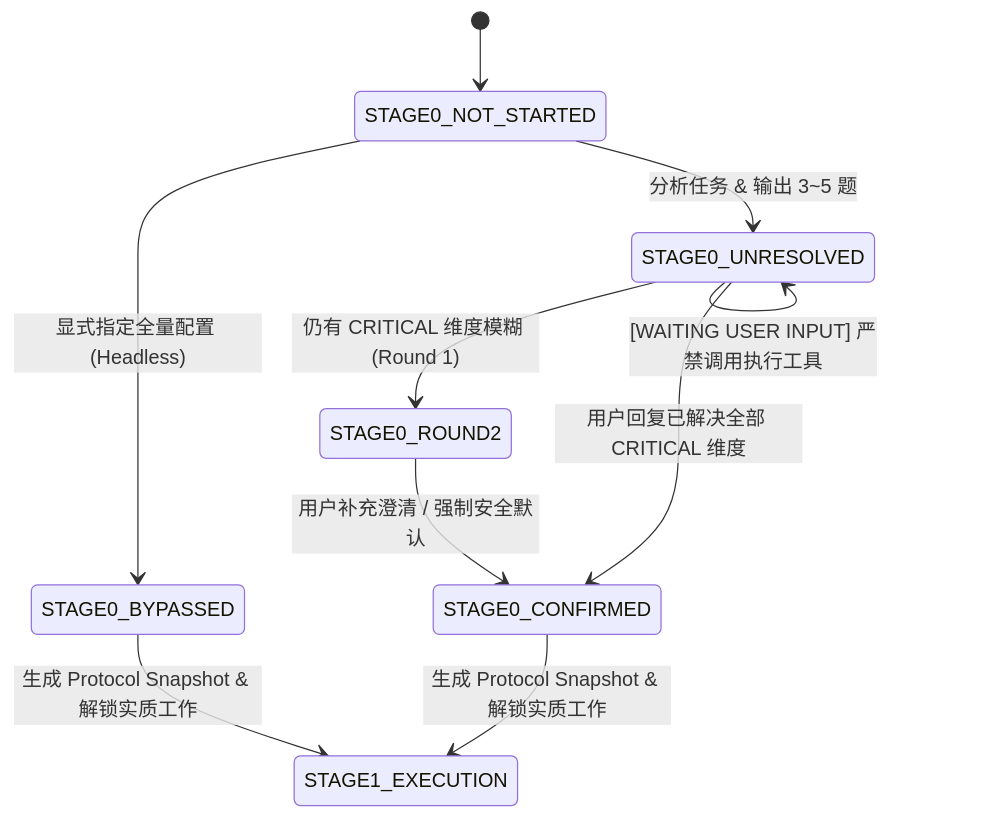
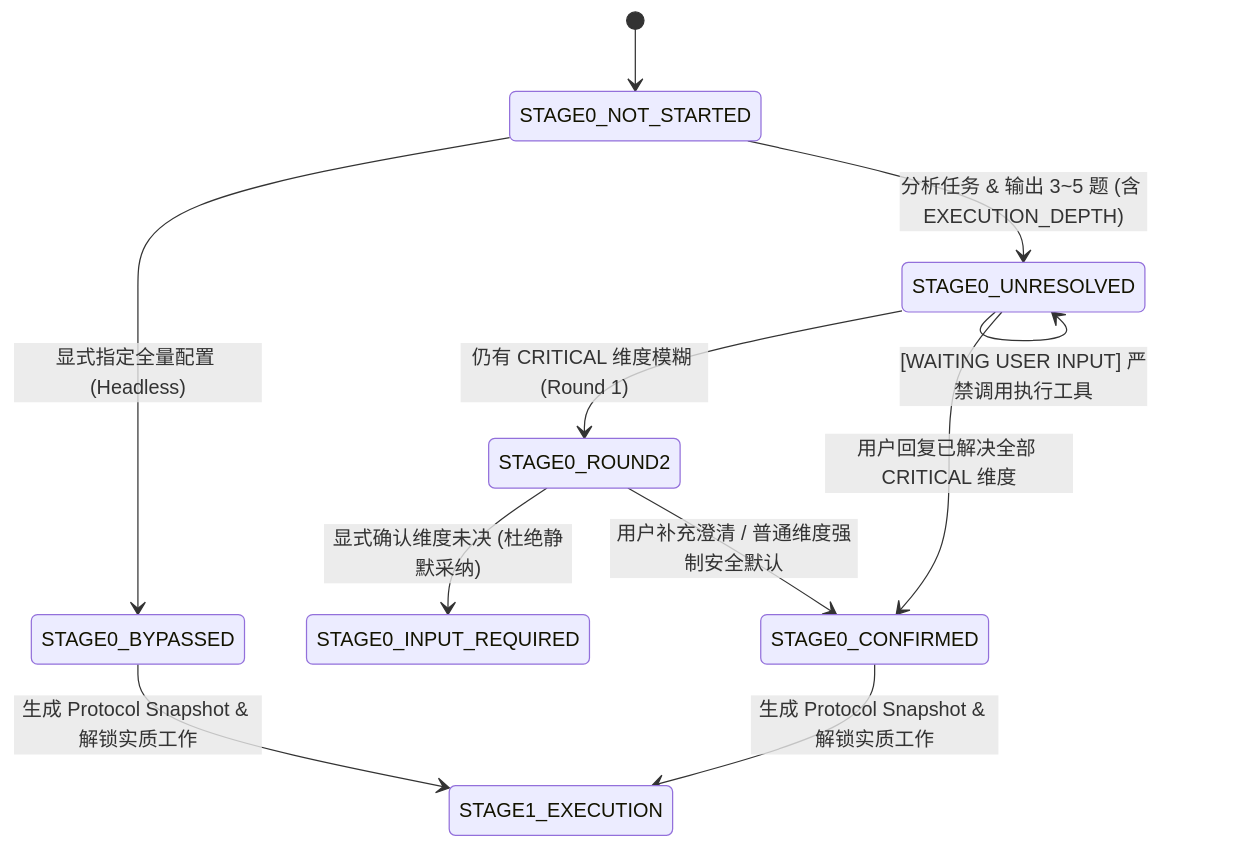
Before and after one commit to Daylily-Huang/ScholarFlow: the diagram in shared/grill_me/core_protocol.md, drawn with Mermaid. The commit also changed other lines of this file and 26 other files, not shown here.

Commit message:
feat(execution): implement unified execution depth architecture across ScholarFlow (RFC-014 / P2-02)

````diff
--- a/shared/grill_me/core_protocol.md
+++ b/shared/grill_me/core_protocol.md
@@ -65,12 +65,13 @@
 ```mermaid
 stateDiagram-v2
     [*] --> STAGE0_NOT_STARTED
-    STAGE0_NOT_STARTED --> STAGE0_UNRESOLVED: 分析任务 & 输出 3~5 题
+    STAGE0_NOT_STARTED --> STAGE0_UNRESOLVED: 分析任务 & 输出 3~5 题 (含 EXECUTION_DEPTH)
     STAGE0_UNRESOLVED --> STAGE0_UNRESOLVED: [WAITING USER INPUT] 严禁调用执行工具
     STAGE0_UNRESOLVED --> STAGE0_CONFIRMED: 用户回复已解决全部 CRITICAL 维度
     STAGE0_UNRESOLVED --> STAGE0_ROUND2: 仍有 CRITICAL 维度模糊 (Round 1)
-    STAGE0_ROUND2 --> STAGE0_CONFIRMED: 用户补充澄清 / 强制安全默认
+    STAGE0_ROUND2 --> STAGE0_CONFIRMED: 用户补充澄清 / 普通维度强制安全默认
+    STAGE0_ROUND2 --> STAGE0_INPUT_REQUIRED: 显式确认维度未决 (杜绝静默采纳)
     STAGE0_NOT_STARTED --> STAGE0_BYPASSED: 显式指定全量配置 (Headless)
     STAGE0_CONFIRMED --> STAGE1_EXECUTION: 生成 Protocol Snapshot & 解锁实质工作
     STAGE0_BYPASSED --> STAGE1_EXECUTION: 生成 Protocol Snapshot & 解锁实质工作
 ```
````
